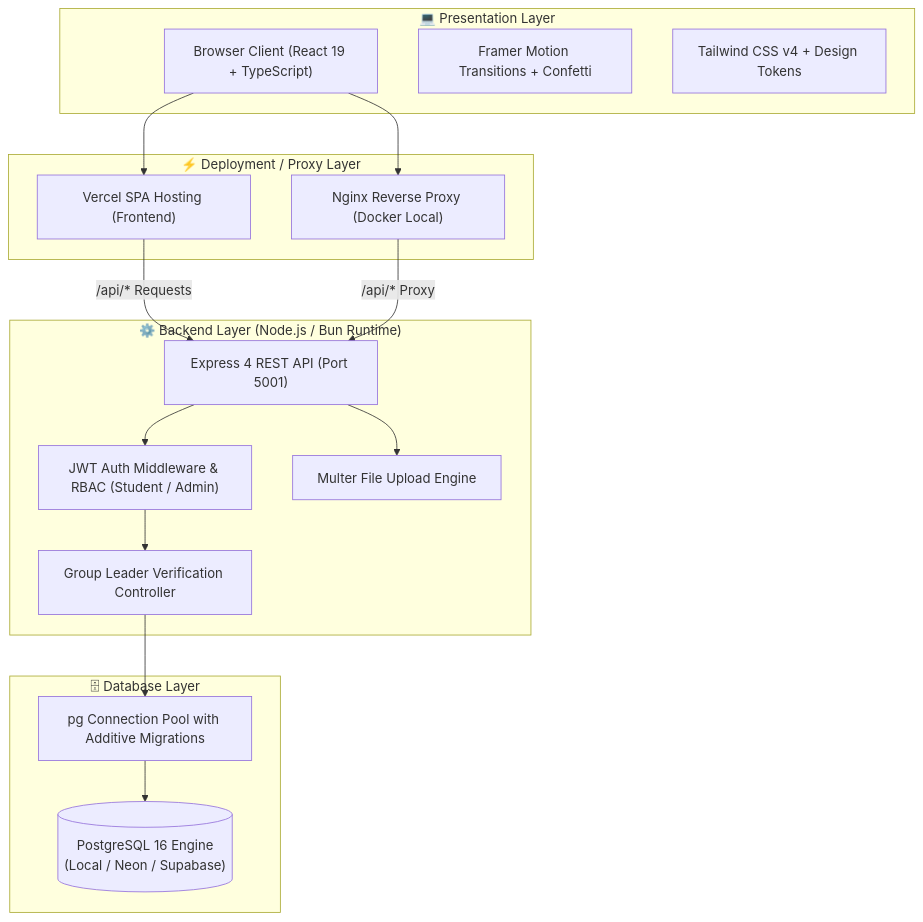
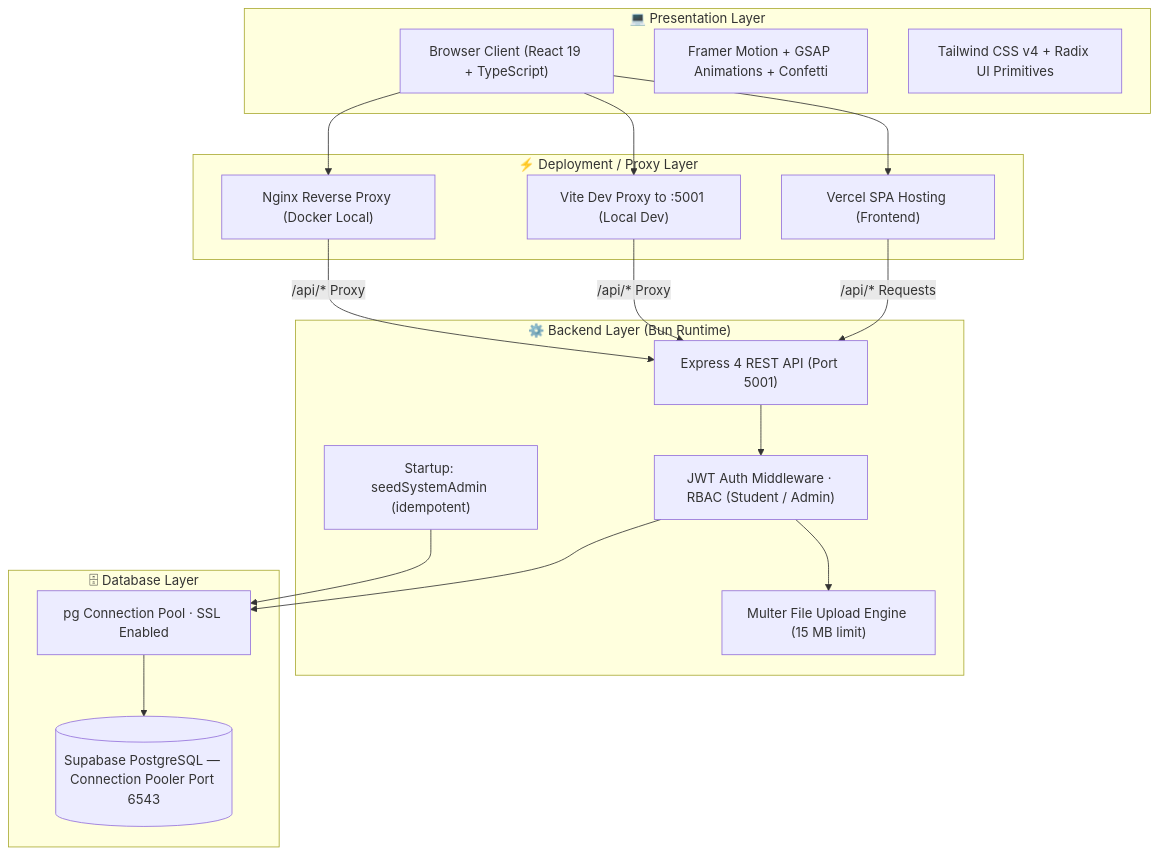
Before and after one commit to Rishu7011/student-group-assignment-system: the first of 2 diagrams in README.md, drawn with Mermaid. The commit also changed other lines of this file, not shown here.

Commit message:
docs: update README with accurate demo credentials, API routes, and Supabase troubleshooting

````diff
--- a/README.md
+++ b/README.md
@@ -73,35 +73,38 @@
 ```mermaid
 graph TB
     subgraph ClientLayer [" 💻 Presentation Layer "]
         Client["Browser Client (React 19 + TypeScript)"]
-        FramerMotion["Framer Motion Transitions + Confetti"]
-        TailwindCSS["Tailwind CSS v4 + Design Tokens"]
+        FramerMotion["Framer Motion + GSAP Animations + Confetti"]
+        TailwindCSS["Tailwind CSS v4 + Radix UI Primitives"]
     end
 
     subgraph EdgeLayer [" ⚡ Deployment / Proxy Layer "]
         Vercel["Vercel SPA Hosting (Frontend)"]
         Nginx["Nginx Reverse Proxy (Docker Local)"]
+        Vite["Vite Dev Proxy to :5001 (Local Dev)"]
     end
 
-    subgraph AppLayer [" ⚙️ Backend Layer (Node.js / Bun Runtime) "]
+    subgraph AppLayer [" ⚙️ Backend Layer (Bun Runtime) "]
         Express["Express 4 REST API (Port 5001)"]
-        AuthMid["JWT Auth Middleware & RBAC (Student / Admin)"]
-        Multer["Multer File Upload Engine"]
-        LeaderAuth["Group Leader Verification Controller"]
+        AuthMid["JWT Auth Middleware · RBAC (Student / Admin)"]
+        Multer["Multer File Upload Engine (15 MB limit)"]
+        SeedAdmin["Startup: seedSystemAdmin (idempotent)"]
     end
 
     subgraph DataLayer [" 🗄 Database Layer "]
-        Postgres[("PostgreSQL 16 Engine\n(Local / Neon / Supabase)")]
-        Pool["pg Connection Pool with Additive Migrations"]
+        Supabase[("Supabase PostgreSQL — Connection Pooler Port 6543")]
+        Pool["pg Connection Pool · SSL Enabled"]
     end
 
     Client --> Vercel
+    Client --> Vite
     Client --> Nginx
     Vercel -->|/api/* Requests| Express
+    Vite -->|/api/* Proxy| Express
     Nginx -->|/api/* Proxy| Express
     Express --> AuthMid
-    AuthMid --> LeaderAuth
-    Express --> Multer
-    LeaderAuth --> Pool
-    Pool --> Postgres
+    AuthMid --> Multer
+    AuthMid --> Pool
+    SeedAdmin --> Pool
+    Pool --> Supabase
 ```
````
